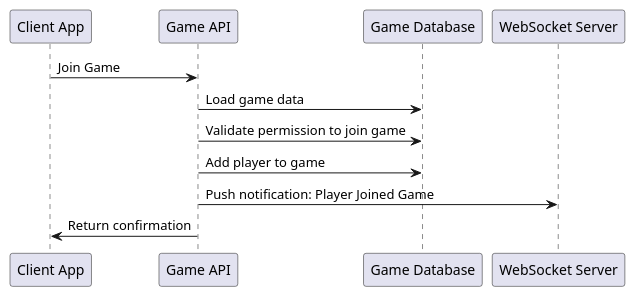
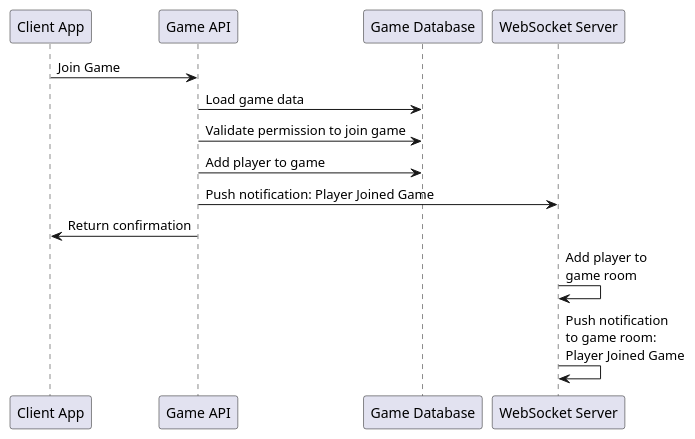
Before and after one commit to keyofdb/poker-game: the diagram in documentation/join-game.wsd, drawn with PlantUML. The commit also changed 1 other file, not shown here.

```diff
--- a/documentation/join-game.wsd
+++ b/documentation/join-game.wsd
@@ -1,12 +1,14 @@
 @startuml
 participant "Client App" as ClientApp
 participant "Game API" as GameAPI
 participant "Game Database" as GameDatabase
 participant "WebSocket Server" as WebSocketServer
 ClientApp -> GameAPI : Join Game
 GameAPI -> GameDatabase : Load game data
 GameAPI -> GameDatabase : Validate permission to join game
 GameAPI -> GameDatabase : Add player to game
 GameAPI -> WebSocketServer: Push notification: Player Joined Game
 GameAPI -> ClientApp : Return confirmation
+WebSocketServer -> WebSocketServer : Add player to\ngame room
+WebSocketServer -> WebSocketServer : Push notification\nto game room:\nPlayer Joined Game
 @enduml
```
